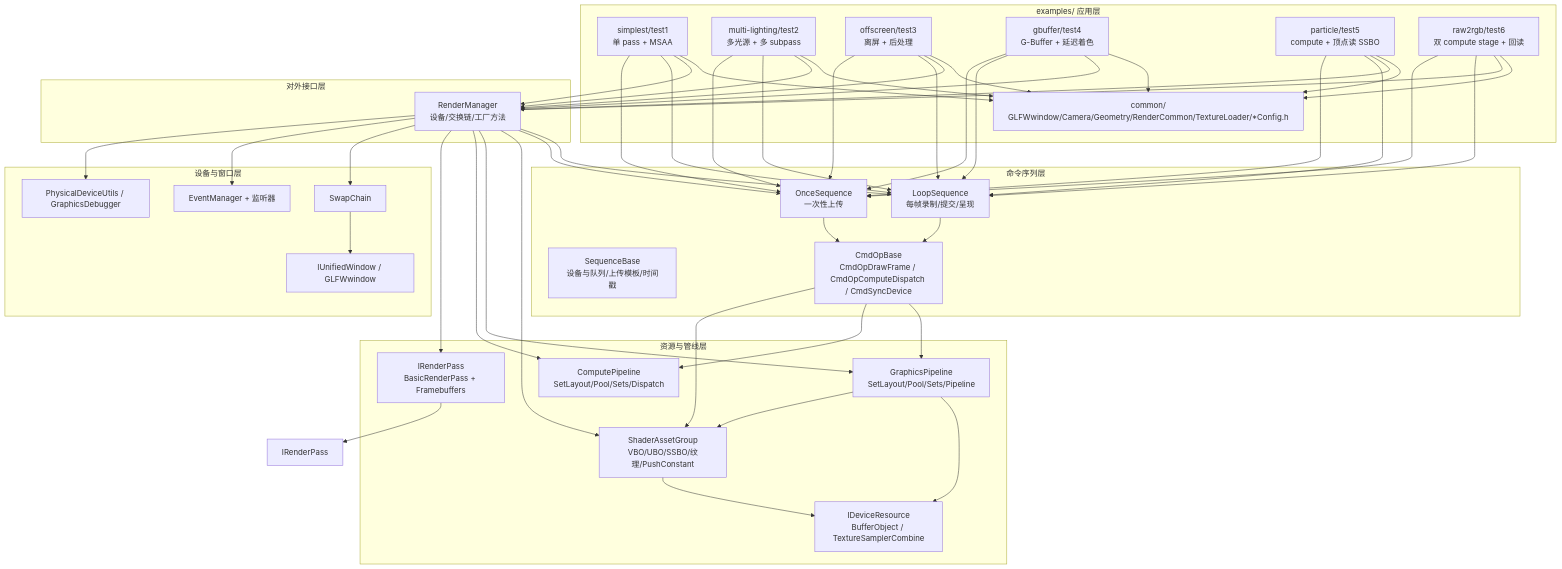
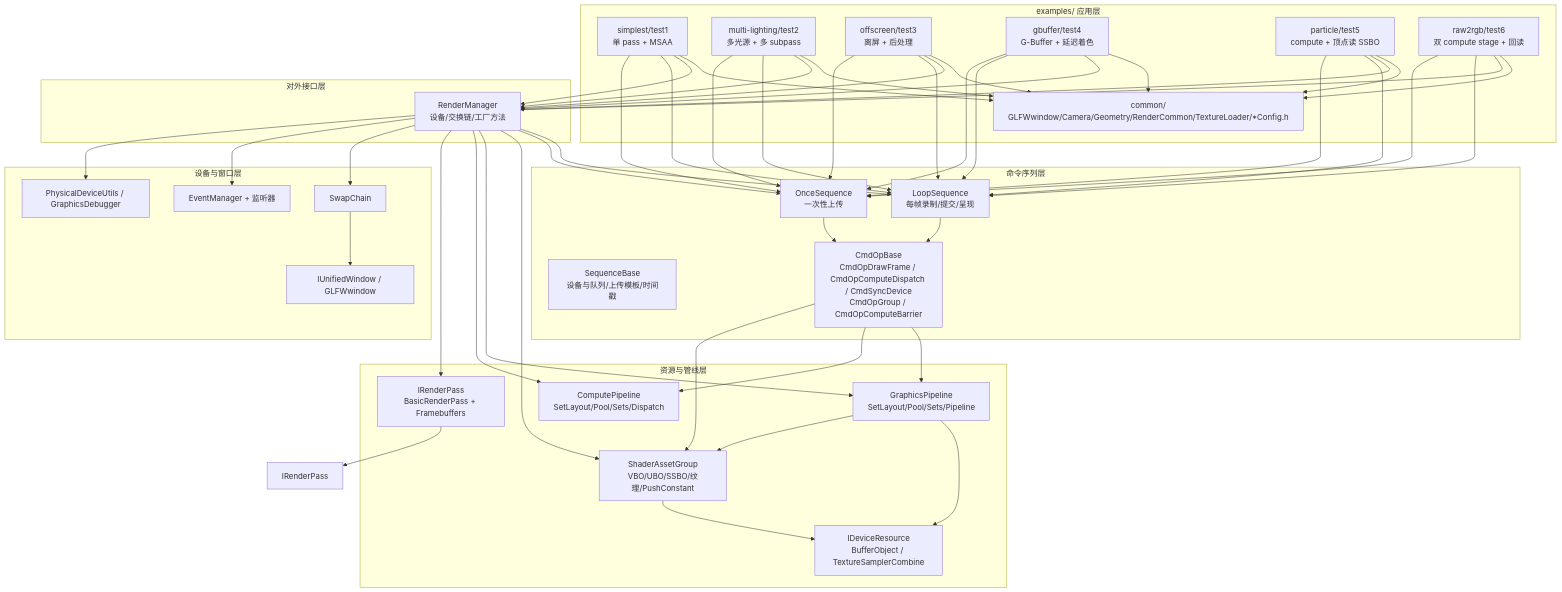
Before and after one commit to eraburite/render_demo: the first of 8 diagrams in DESIGN.md, drawn with Mermaid. The commit also changed other lines of this file and 13 other files, not shown here.

````diff
--- a/DESIGN.md
+++ b/DESIGN.md
@@ -108,47 +110,47 @@
 ```mermaid
 graph TD
     subgraph App["examples/ 应用层"]
         T1["simplest/test1<br/>单 pass + MSAA"]
         T2["multi-lighting/test2<br/>多光源 + 多 subpass"]
         T3["offscreen/test3<br/>离屏 + 后处理"]
         T4["gbuffer/test4<br/>G-Buffer + 延迟着色"]
         T5["particle/test5<br/>compute + 顶点读 SSBO"]
         T6["raw2rgb/test6<br/>双 compute stage + 回读"]
         CM["common/<br/>GLFWwindow/Camera/Geometry/RenderCommon/TextureLoader/*Config.h"]
     end
     subgraph Facade["对外接口层"]
         RM["RenderManager<br/>设备/交换链/工厂方法"]
     end
     subgraph Seq["命令序列层"]
         SB["SequenceBase<br/>设备与队列/上传模板/时间戳"]
         OS["OnceSequence<br/>一次性上传"]
         LS["LoopSequence<br/>每帧录制/提交/呈现"]
-        OP["CmdOpBase<br/>CmdOpDrawFrame / CmdOpComputeDispatch / CmdSyncDevice"]
+        OP["CmdOpBase<br/>CmdOpDrawFrame / CmdOpComputeDispatch / CmdSyncDevice<br/>CmdOpGroup / CmdOpComputeBarrier"]
     end
     subgraph Res["资源与管线层"]
         SAG["ShaderAssetGroup<br/>VBO/UBO/SSBO/纹理/PushConstant"]
         GP["GraphicsPipeline<br/>SetLayout/Pool/Sets/Pipeline"]
         CP["ComputePipeline<br/>SetLayout/Pool/Sets/Dispatch"]
         DR["IDeviceResource<br/>BufferObject / TextureSamplerCombine"]
         RP["IRenderPass<br/>BasicRenderPass + Framebuffers"]
     end
     subgraph Core["设备与窗口层"]
         SW["SwapChain"]
         EV["EventManager + 监听器"]
         PD["PhysicalDeviceUtils / GraphicsDebugger"]
         WIN["IUnifiedWindow / GLFWwindow"]
     end
     T1 & T2 & T3 & T4 & T5 & T6 --> CM
     T1 & T2 & T3 & T4 & T5 & T6 --> RM
     T1 & T2 & T3 & T4 & T5 & T6 --> LS & OS
     RM --> LS & OS
     RM --> SAG & GP & CP & RP & SW
     LS --> OP --> GP & CP
     OS --> OP --> SAG
     SAG --> DR
     GP --> DR
     GP --> SAG
     RP --> IRenderPass
     SW --> WIN
     RM --> EV & PD
 ```
````
